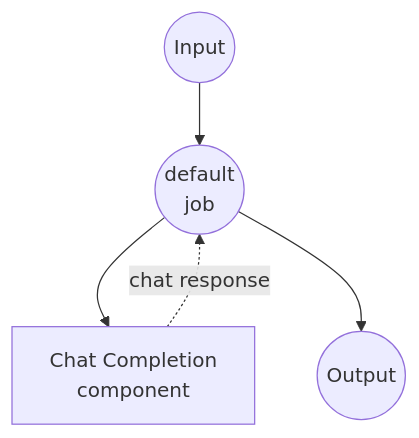
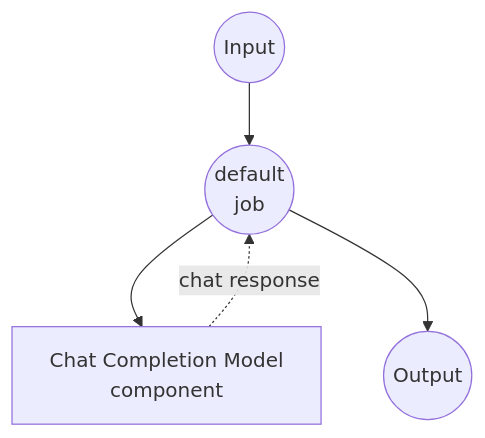
The diagram in examples/model-tasks/chat-completion/README.md (hanyeol/model-compose), drawn with Mermaid before and after one commit. The commit also changed 21 other files, not shown here.

````diff
--- a/examples/model-tasks/chat-completion/README.md
+++ b/examples/model-tasks/chat-completion/README.md
@@ -115,16 +115,16 @@
 ```mermaid
 graph TD
     %% Default job (implicit)
     J1((default<br/>job))
 
     %% Component
-    C1[Chat Completion<br/>component]
+    C1[Chat Completion Model<br/>component]
 
     %% Job to component connections (solid: invokes, dotted: returns)
     J1 --> C1
     C1 -.-> |chat response| J1
 
     %% Input/Output
     Input((Input)) --> J1
     J1 --> Output((Output))
 ```
````
